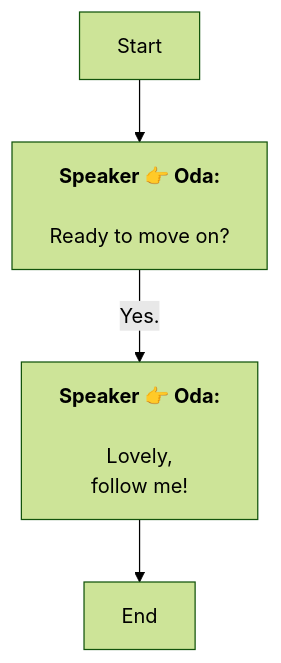
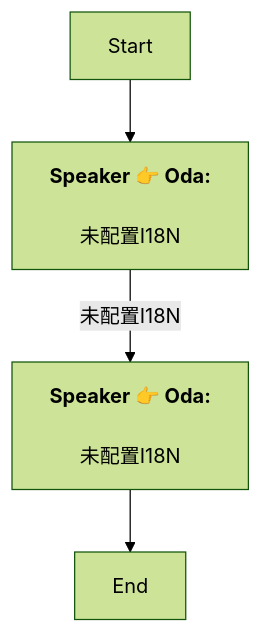
One commit to SoftHu/tos_avg changed the diagram in En/QuestTalkObjectiveNode_1772253301929124.md. Above: the diagram before and after it, drawn with Mermaid (forest theme). The commit also changed 780 other files, not shown here.

````diff
--- a/En/QuestTalkObjectiveNode_1772253301929124.md
+++ b/En/QuestTalkObjectiveNode_1772253301929124.md
@@ -1,10 +1,9 @@
 ```mermaid
 graph
 Start -->1772253432215720[<b>Speaker 👉 Oda:</b>
-\nReady to move on?]
-1772253432215720 -->|Yes.|1772253854676150[<b>Speaker 👉 Oda:</b>
-\nLovely, 
-follow me!]
+\n未配置I18N]
+1772253432215720 -->|未配置I18N|1772253854676150[<b>Speaker 👉 Oda:</b>
+\n未配置I18N]
 1772253854676150 -->1772253434300585[End]
 
 ```
````
